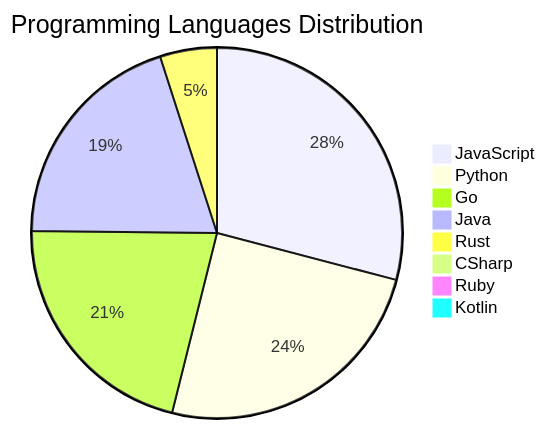
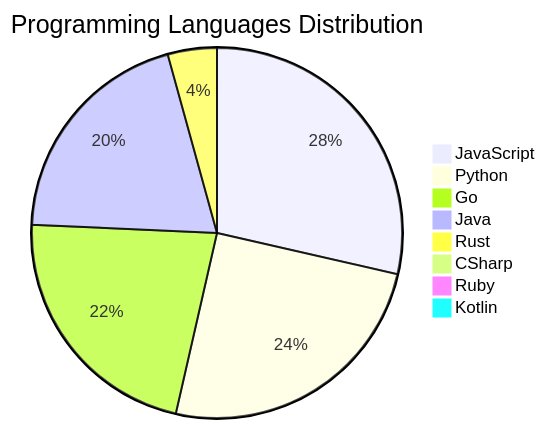
One commit to Derrick-MUGISHA/github-activity-bot changed the diagram in README.md. Above: the diagram before and after it, drawn with Mermaid. The commit also changed other lines of this file and 4 other files, not shown here.

````diff
--- a/README.md
+++ b/README.md
@@ -209,11 +209,11 @@
 ```mermaid
 pie title Programming Languages Distribution
-    "JavaScript" : 41
+    "JavaScript" : 40
     "Python" : 35
-    "Go" : 30
+    "Go" : 31
     "Java" : 28
-    "Rust" : 7
+    "Rust" : 6
     "CSharp" : 1
     "Ruby" : 1
     "Kotlin" : 1
 ```
````
